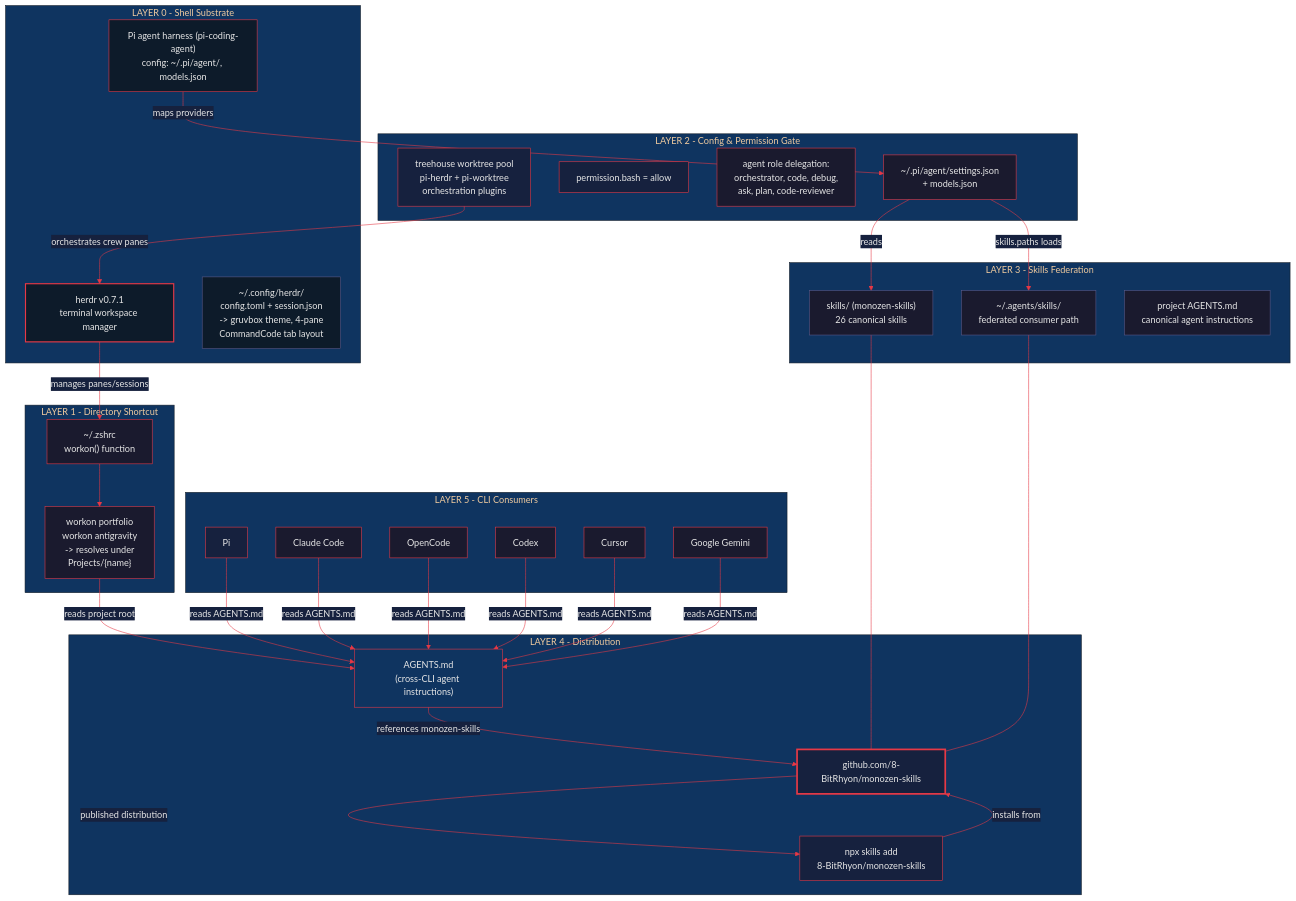
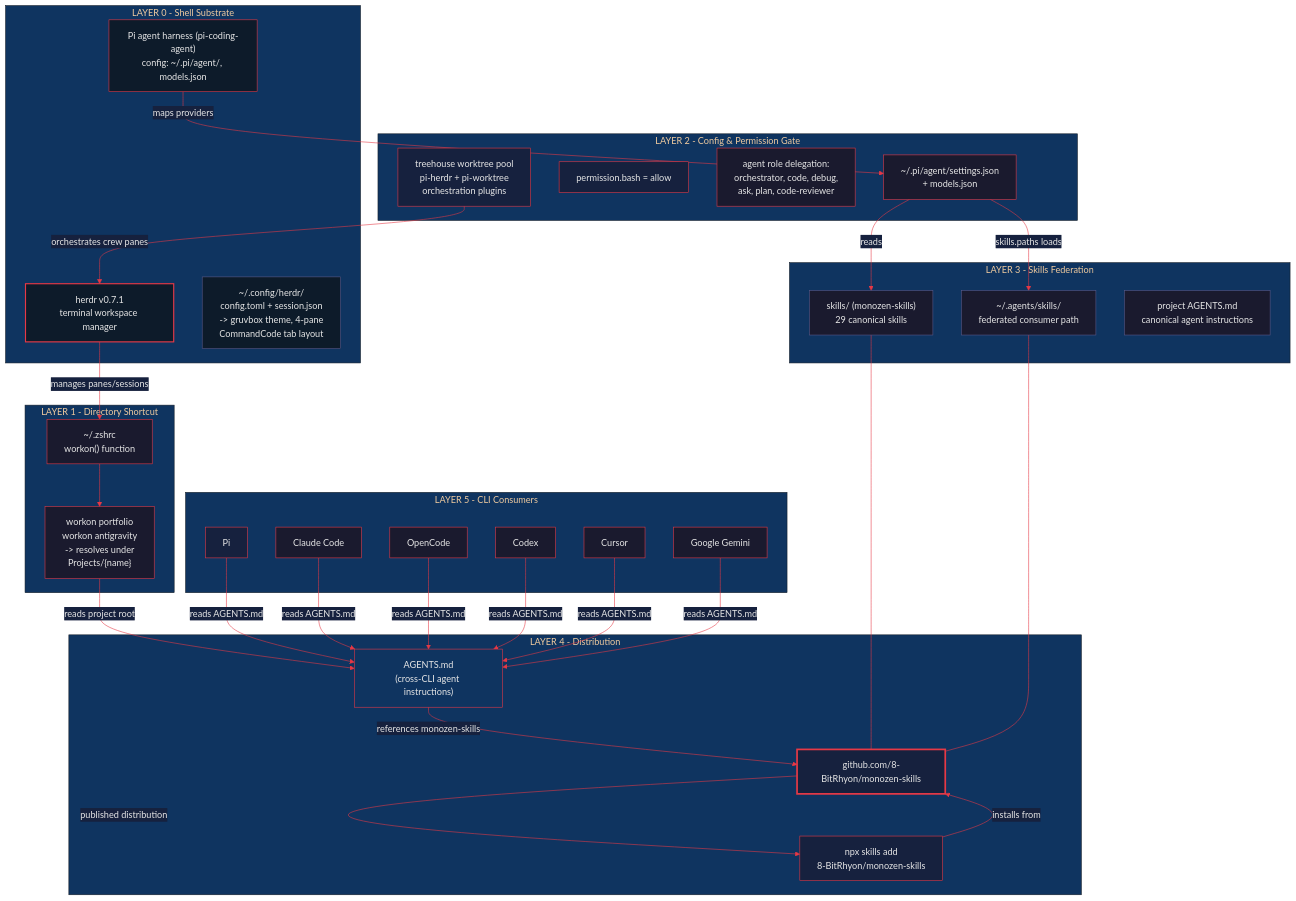
One commit to 8-BitRhyon/monozen-skills changed the diagram in assets/monozen-skills-arch.mmd. Above: the diagram before and after it, drawn with Mermaid. The commit also changed 24 other files, not shown here.

```diff
--- a/assets/monozen-skills-arch.mmd
+++ b/assets/monozen-skills-arch.mmd
@@ -1,75 +1,75 @@
 %%{init: {'theme': 'base', 'themeVariables': {'primaryColor': '#1a1a2e', 'primaryTextColor': '#e6e6e6', 'primaryBorderColor': '#e63946', 'lineColor': '#e63946', 'secondaryColor': '#16213e', 'tertiaryColor': '#0f3460'}}}%%
 
 flowchart TB
     subgraph Layer0["LAYER 0 - Shell Substrate"]
         HR["herdr v0.7.1<br/>terminal workspace manager"]
         PIF["Pi agent harness (pi-coding-agent)<br/>config: ~/.pi/agent/, models.json"]
         HRCFG["~/.config/herdr/<br/>config.toml + session.json<br/>-> gruvbox theme, 4-pane<br/>  CommandCode tab layout"]
     end
 
     subgraph Layer1["LAYER 1 - Directory Shortcut"]
         ZS["~/.zshrc<br/>workon() function"]
         WU["workon portfolio<br/>workon antigravity<br/>-> resolves under<br/>Projects/{name}"]
     end
 
     subgraph Layer2["LAYER 2 - Config & Permission Gate"]
         KC["~/.pi/agent/settings.json<br/>+ models.json"]
         PERM["permission.bash = allow"]
         AGD["agent role delegation:<br/>orchestrator, code, debug,<br/>ask, plan, code-reviewer"]
         IDX["treehouse worktree pool<br/>pi-herdr + pi-worktree<br/>orchestration plugins"]
     end
 
     subgraph Layer3["LAYER 3 - Skills Federation"]
-        FS1["skills/ (monozen-skills)<br/>26 canonical skills"]
+        FS1["skills/ (monozen-skills)<br/>29 canonical skills"]
         FS2["~/.agents/skills/<br/>federated consumer path"]
         FS3["project AGENTS.md<br/>canonical agent instructions"]
     end
 
     subgraph Layer4["LAYER 4 - Distribution"]
         MS["github.com/8-BitRhyon/monozen-skills"]
         NPX["npx skills add<br/>8-BitRhyon/monozen-skills"]
         AG["AGENTS.md<br/>(cross-CLI agent instructions)"]
     end
 
     subgraph Layer5["LAYER 5 - CLI Consumers"]
         PI["Pi"]
         CC["Claude Code"]
         OC["OpenCode"]
         CX["Codex"]
         CU["Cursor"]
         GK["Google Gemini"]
     end
 
     HR -->|manages panes/sessions| ZS
     ZS --> WU
     WU -->|reads project root| AG
     AG -->|references monozen-skills| MS
     PIF -->|maps providers| KC
     KC -->|skills.paths loads| FS2
     KC -->|reads| FS1
     IDX -->|orchestrates crew panes| HR
     NPX -->|installs from| MS
     MS -->|published distribution| NPX
     FS1 --- MS
     FS2 --- MS
     PI -->|reads AGENTS.md| AG
     CC -->|reads AGENTS.md| AG
     OC -->|reads AGENTS.md| AG
     CX -->|reads AGENTS.md| AG
     CU -->|reads AGENTS.md| AG
     GK -->|reads AGENTS.md| AG
 
     style HR fill:#0d1b2a,stroke:#e63946,color:#e6e6e6,stroke-width:2px
     style PIF fill:#0d1b2a,stroke:#e63946,color:#e6e6e6
     style HRCFG fill:#0d1b2a,stroke:#5a5a8a,color:#e6e6e6
     style ZS fill:#1a1a2e,stroke:#e63946,color:#e6e6e6
     style KC fill:#1a1a2e,stroke:#e63946,color:#e6e6e6
     style MS fill:#16213e,stroke:#e63946,color:#e6e6e6,stroke-width:3px
     style AG fill:#0f3460,stroke:#e63946,color:#e6e6e6
     style NPX fill:#16213e,stroke:#e63946,color:#e6e6e6
     style FS1 fill:#1a1a2e,stroke:#5a5a8a,color:#e6e6e6
     style FS2 fill:#1a1a2e,stroke:#5a5a8a,color:#e6e6e6
     style FS3 fill:#1a1a2e,stroke:#5a5a8a,color:#e6e6e6
     style PI fill:#16213e,stroke:#e63946,color:#e6e6e6
     style PERM fill:#16213e,stroke:#e63946,color:#e6e6e6
     style IDX fill:#16213e,stroke:#e63946,color:#e6e6e6
```
